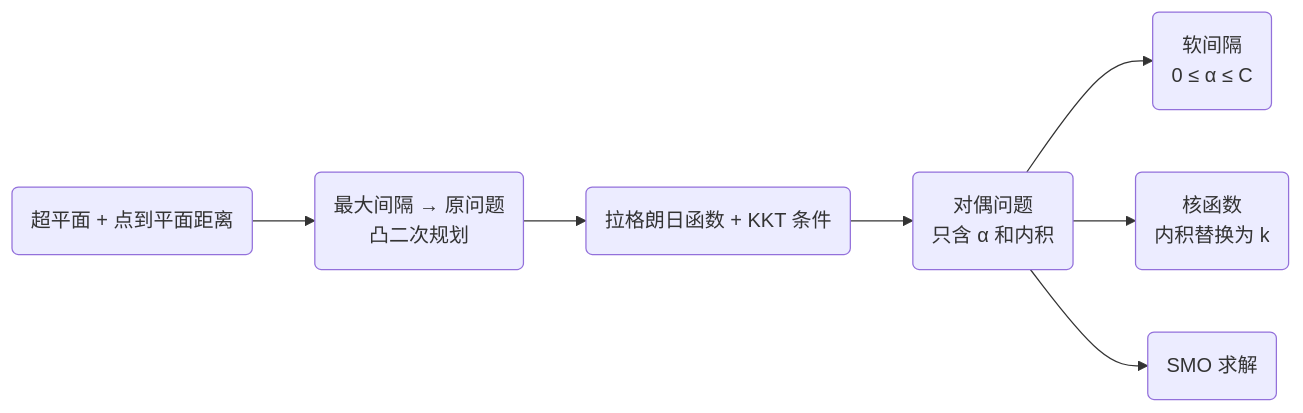
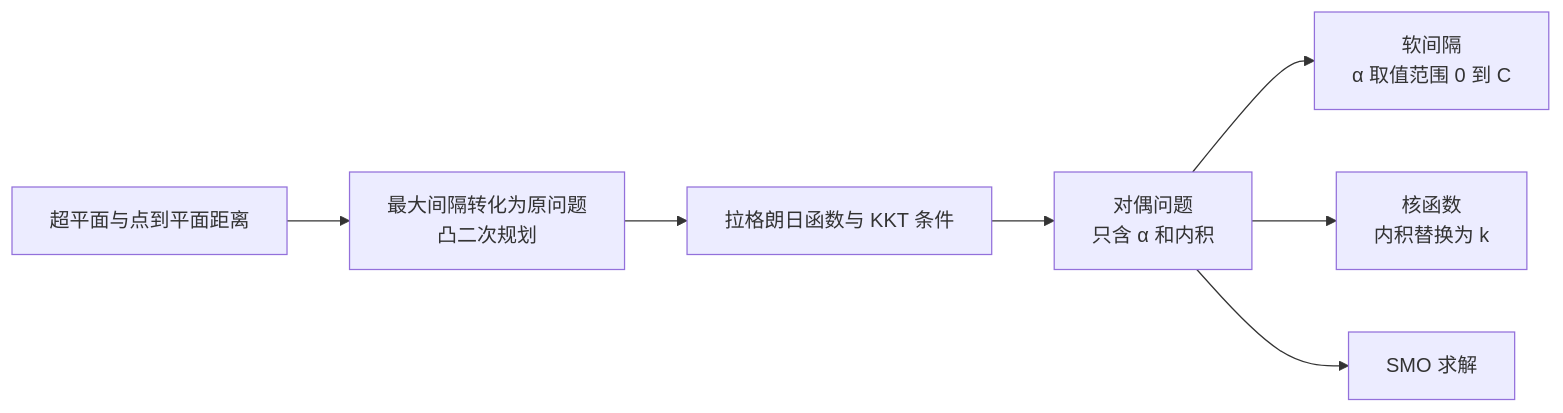
The diagram in docs/0116_ML_OML_SVM_原理.md (junxnone/aiwiki), drawn with Mermaid before and after one commit. The commit also changed other lines of this file and 1 other file, not shown here.

Commit message:
更新了 ML OML SVM 原理

````diff
--- a/docs/0116_ML_OML_SVM_原理.md
+++ b/docs/0116_ML_OML_SVM_原理.md
@@ -17,9 +17,9 @@
 ```mermaid
 graph LR
-    A(超平面 + 点到平面距离) --> B(最大间隔 → 原问题<br/>凸二次规划)
-    B --> C(拉格朗日函数 + KKT 条件)
-    C --> D(对偶问题<br/>只含 α 和内积)
-    D --> E(软间隔<br/>0 ≤ α ≤ C)
-    D --> F(核函数<br/>内积替换为 k)
-    D --> G(SMO 求解)
+    A["超平面与点到平面距离"] --> B["最大间隔转化为原问题<br/>凸二次规划"]
+    B --> C["拉格朗日函数与 KKT 条件"]
+    C --> D["对偶问题<br/>只含 α 和内积"]
+    D --> E["软间隔<br/>α 取值范围 0 到 C"]
+    D --> F["核函数<br/>内积替换为 k"]
+    D --> G["SMO 求解"]
 ```
````
